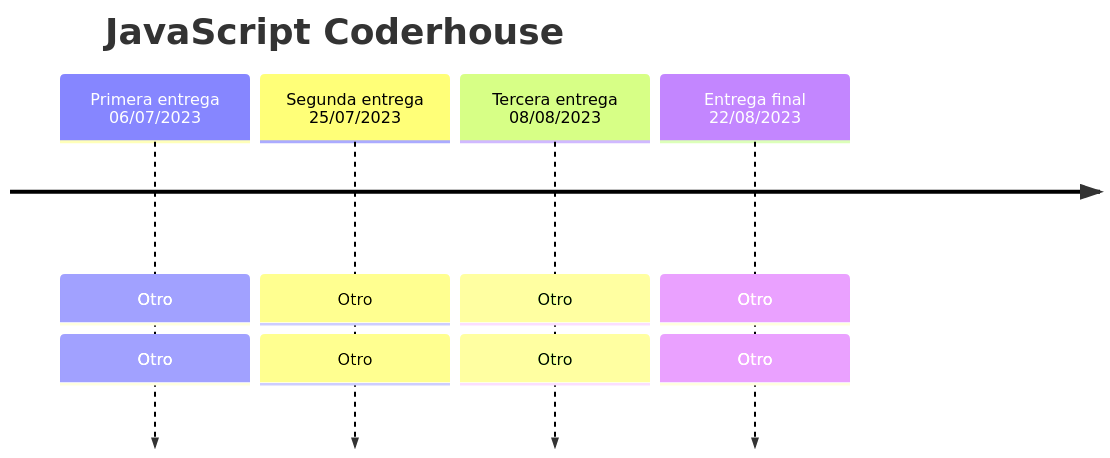
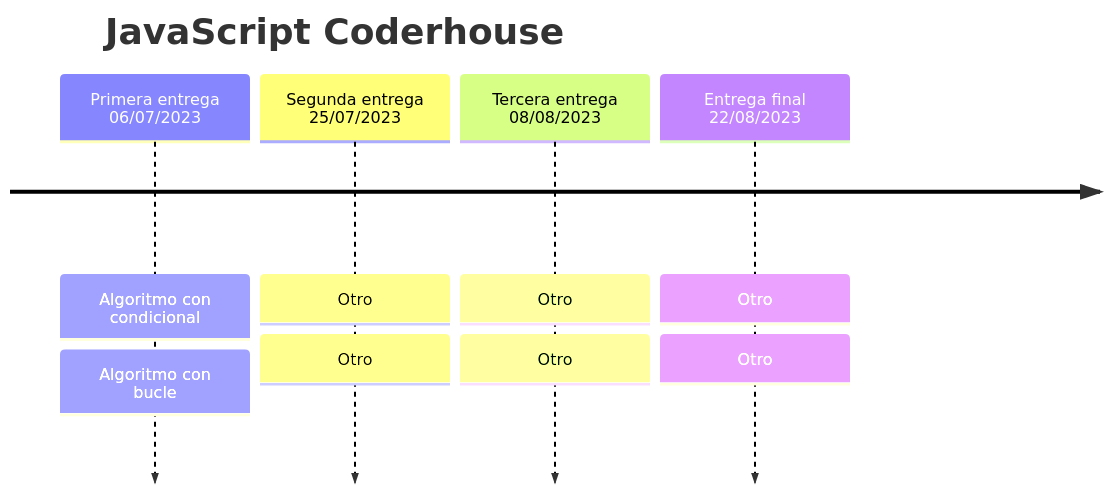
Before and after one commit to agusflores/js-coderhouse: the diagram in README.md, drawn with Mermaid.

````diff
--- a/README.md
+++ b/README.md
@@ -18,8 +18,8 @@
 ``` mermaid
 timeline
     title JavaScript Coderhouse
-    Primera entrega 06/07/2023 : Otro : Otro
+    Primera entrega 06/07/2023 : Algoritmo con condicional : Algoritmo con bucle
     Segunda entrega 25/07/2023 : Otro : Otro 
     Tercera entrega 08/08/2023 : Otro : Otro
     Entrega final 22/08/2023   : Otro : Otro
 ```
````
